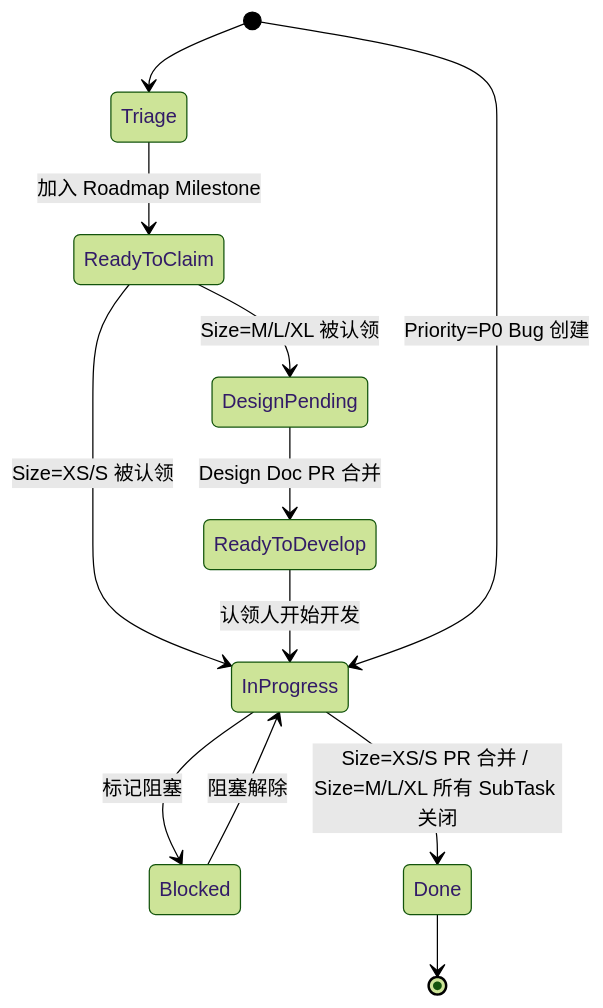
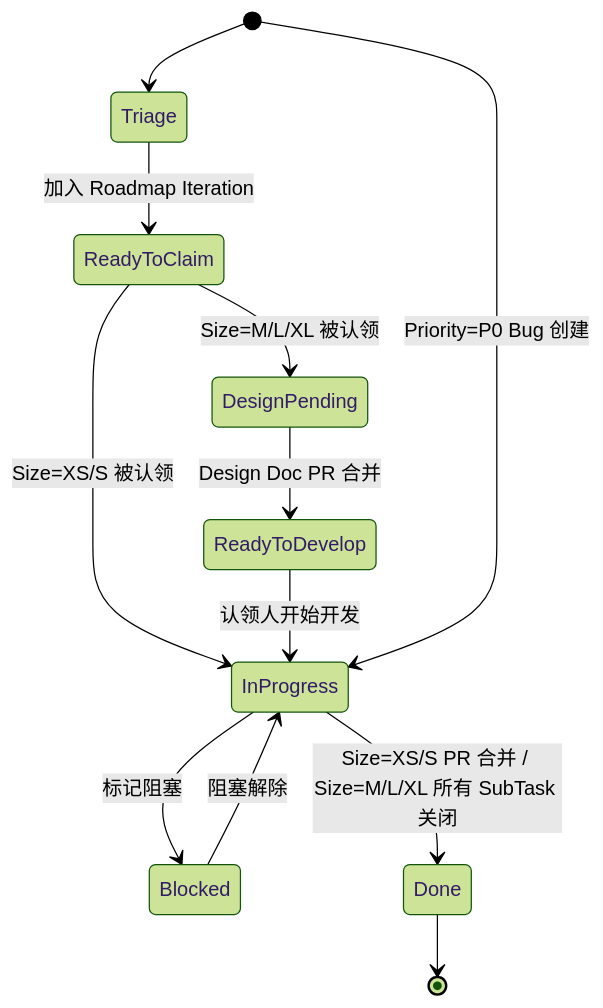
One commit to primatrix/strix changed the second of 4 diagrams in docs/onboarding/project-management.md. Above: the diagram before and after it, drawn with Mermaid (forest theme). The commit also changed other lines of this file, not shown here.

First line of the commit message:
docs(onboarding): Roadmap 改用 GitHub Iteration 与 Project tracker issue (#106)

````diff
--- a/docs/onboarding/project-management.md
+++ b/docs/onboarding/project-management.md
@@ -73,14 +75,14 @@
 ```mermaid
 stateDiagram-v2
     [*] --> Triage
-    Triage --> ReadyToClaim : 加入 Roadmap Milestone
+    Triage --> ReadyToClaim : 加入 Roadmap Iteration
     ReadyToClaim --> DesignPending : Size=M/L/XL 被认领
     ReadyToClaim --> InProgress : Size=XS/S 被认领
     DesignPending --> ReadyToDevelop : Design Doc PR 合并
     ReadyToDevelop --> InProgress : 认领人开始开发
     InProgress --> Blocked : 标记阻塞
     Blocked --> InProgress : 阻塞解除
     InProgress --> Done : Size=XS/S PR 合并 / Size=M/L/XL 所有 SubTask 关闭
     [*] --> InProgress : Priority=P0 Bug 创建
     Done --> [*]
 ```
````
